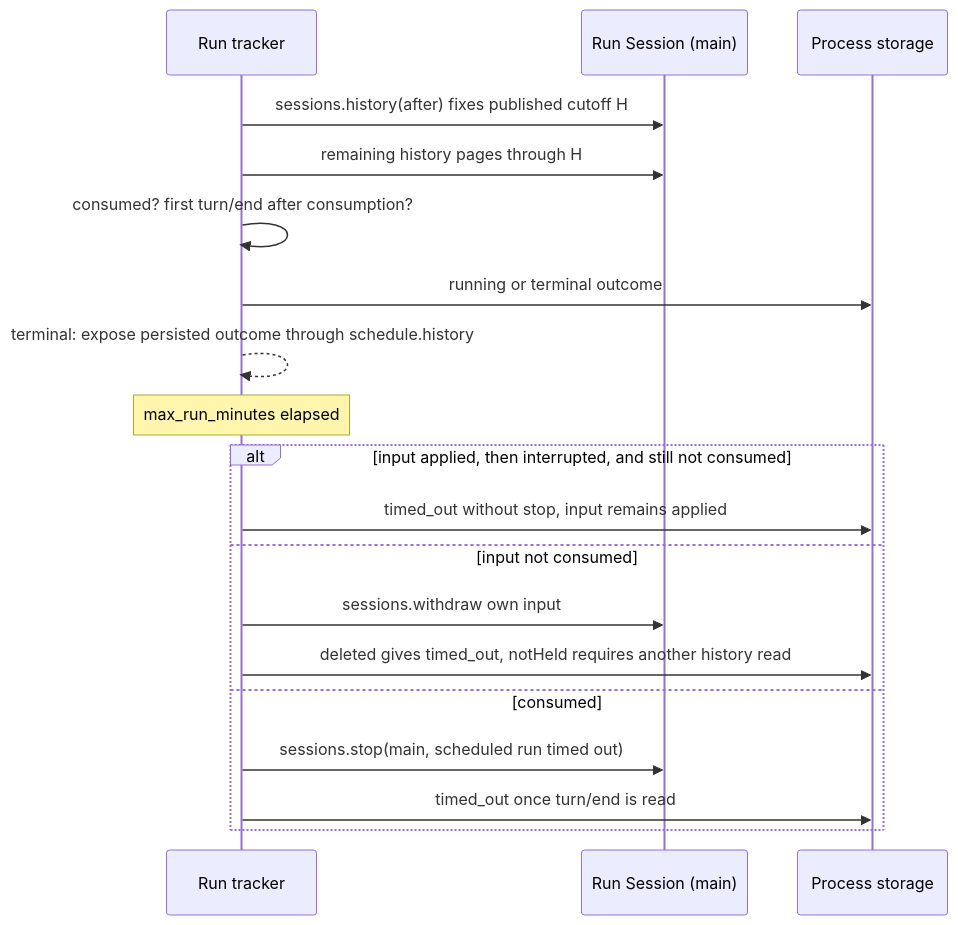
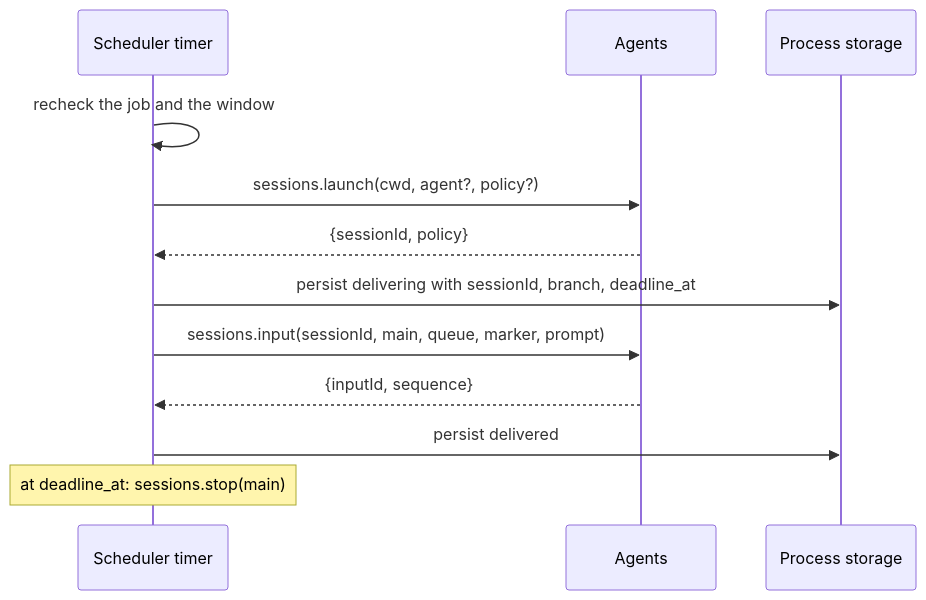
One commit to CoutinhoTTS/dim-agent changed the fourth of 5 diagrams in docs/design/plugins/Scheduler.md. Above: the diagram before and after it, drawn with Mermaid. The commit also changed other lines of this file and 5 other files, not shown here.

First line of the commit message:
docs(scheduler): deliver a scheduled job to the branch that saved it

````diff
--- a/docs/design/plugins/Scheduler.md
+++ b/docs/design/plugins/Scheduler.md
@@ -231,21 +222,14 @@
 ```mermaid
 sequenceDiagram
-  participant R as Run tracker
-  participant S as Run Session (main)
+  participant T as Scheduler timer
+  participant AG as Agents
   participant ST as Process storage
-  R->>S: sessions.history(after) fixes published cutoff H
-  R->>S: remaining history pages through H
-  R->>R: consumed? first turn/end after consumption?
-  R->>ST: running or terminal outcome
-  R-->>R: terminal: expose persisted outcome through schedule.history
-  Note over R: max_run_minutes elapsed
-  alt input applied, then interrupted, and still not consumed
-    R->>ST: timed_out without stop, input remains applied
-  else input not consumed
-    R->>S: sessions.withdraw own input
-    R->>ST: deleted gives timed_out, notHeld requires another history read
-  else consumed
-    R->>S: sessions.stop(main, scheduled run timed out)
-    R->>ST: timed_out once turn/end is read
-  end
+  T->>T: recheck the job and the window
+  T->>AG: sessions.launch(cwd, agent?, policy?)
+  AG-->>T: {sessionId, policy}
+  T->>ST: persist delivering with sessionId, branch, deadline_at
+  T->>AG: sessions.input(sessionId, main, queue, marker, prompt)
+  AG-->>T: {inputId, sequence}
+  T->>ST: persist delivered
+  Note over T: at deadline_at: sessions.stop(main)
 ```
````
